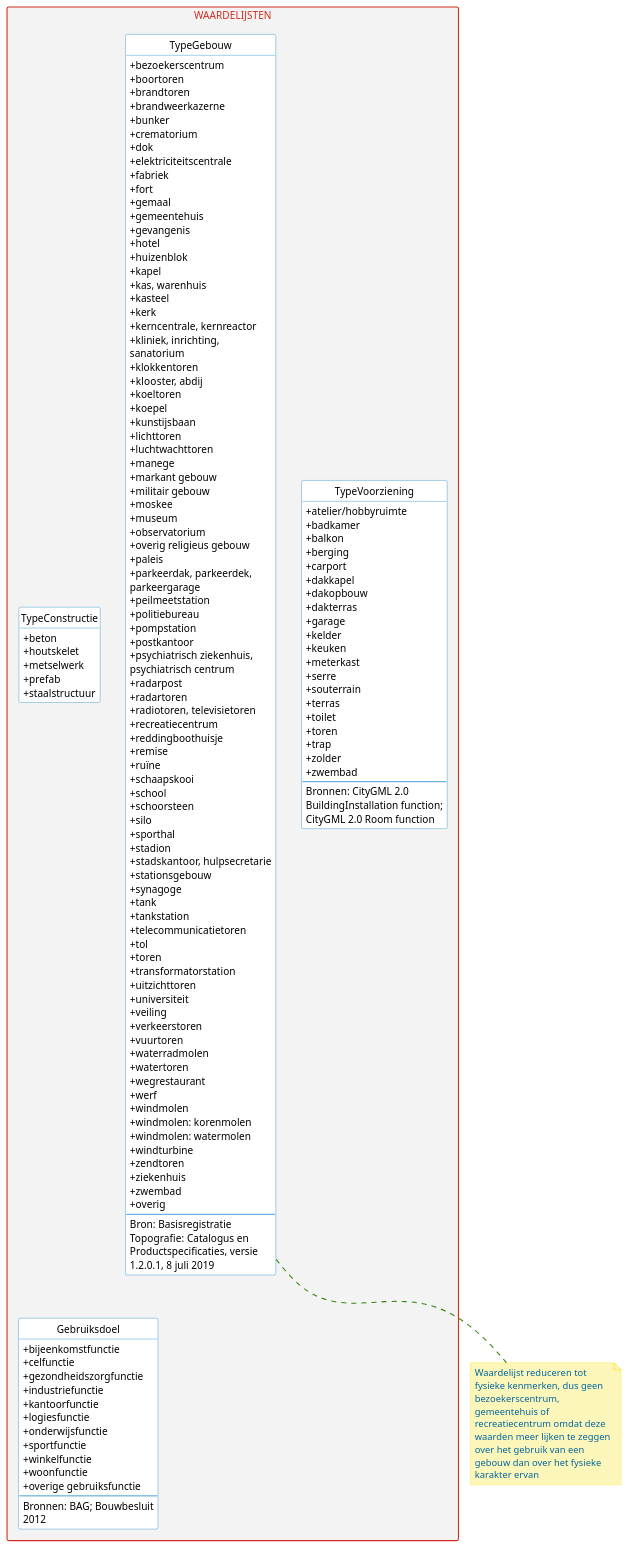
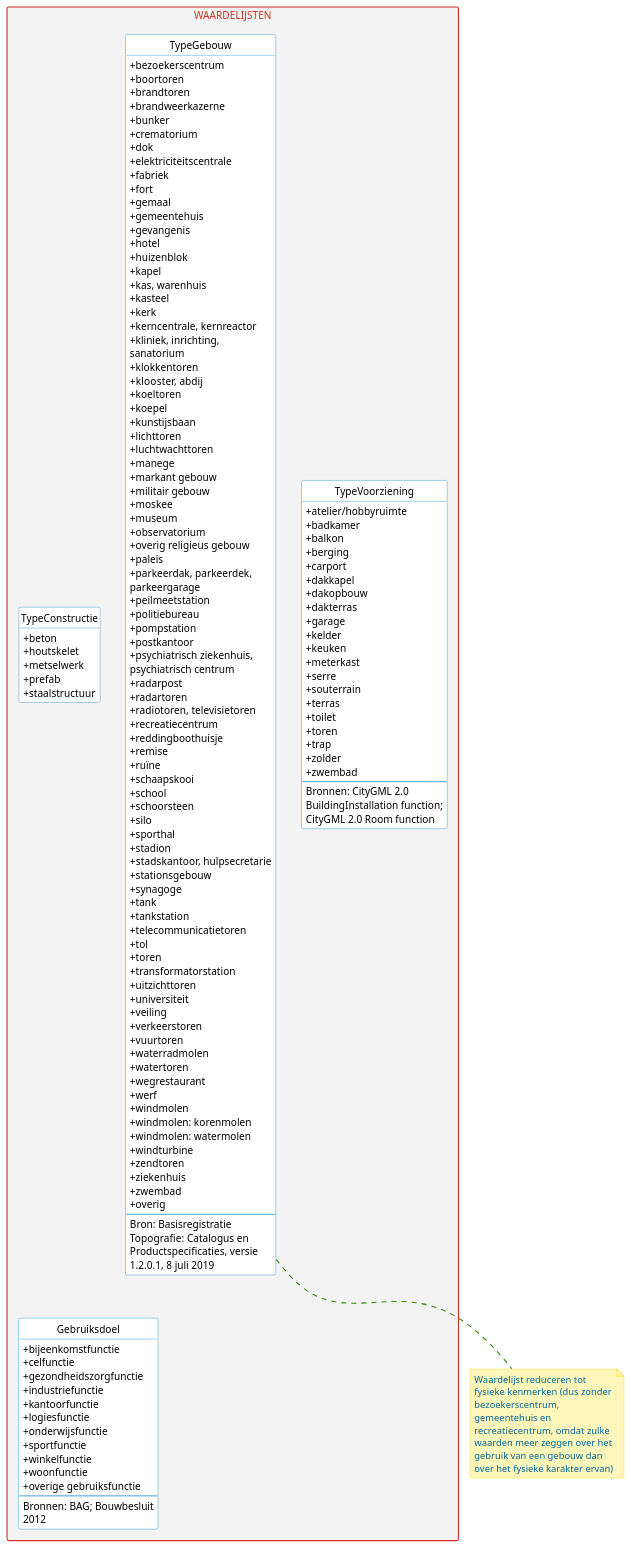
One commit to geobasisregistraties/werkgroep-bouwwerken changed the diagram in model/waardelijsten.puml. Above: the diagram before and after it, drawn with PlantUML.

```diff
--- a/model/waardelijsten.puml
+++ b/model/waardelijsten.puml
@@ -248,6 +248,6 @@
 
 }
 
-note bottom of TypeGebouw : Waardelijst reduceren tot fysieke kenmerken, dus geen bezoekerscentrum, gemeentehuis of recreatiecentrum omdat deze waarden meer lijken te zeggen over het gebruik van een gebouw dan over het fysieke karakter ervan
+note bottom of TypeGebouw : Waardelijst reduceren tot fysieke kenmerken (dus zonder bezoekerscentrum, gemeentehuis en recreatiecentrum, omdat zulke waarden meer zeggen over het gebruik van een gebouw dan over het fysieke karakter ervan)
 
 @enduml
```
